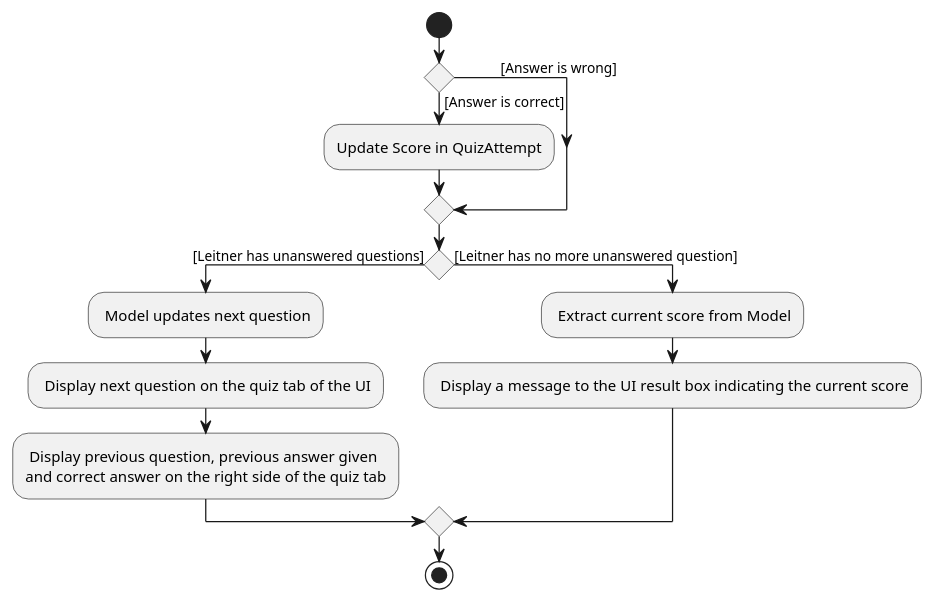
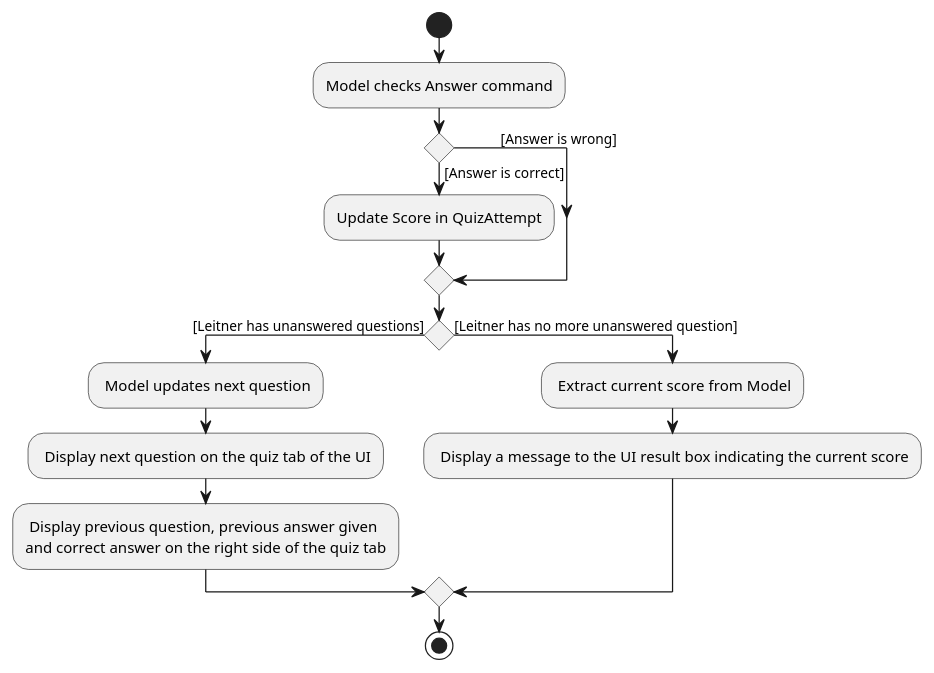
The diagram in docs/diagrams/AnswerCommandActivityDiagramTwo.puml (vigneshbhuvan-nus/tp), drawn with PlantUML before and after one commit. The commit also changed 7 other files, not shown here.

Commit message:
Edit diagrams

```diff
--- a/docs/diagrams/AnswerCommandActivityDiagramTwo.puml
+++ b/docs/diagrams/AnswerCommandActivityDiagramTwo.puml
@@ -1,18 +1,19 @@
 @startuml
 Start
+:Model checks Answer command;
 if() then ([Answer is correct])
 :Update Score in QuizAttempt;
 else(             [Answer is wrong])
 endif
 if() then ([Leitner has unanswered questions])
 
         : Model updates next question;
         : Display next question on the quiz tab of the UI;
         : Display previous question, previous answer given
         and correct answer on the right side of the quiz tab;
         else ([Leitner has no more unanswered question])
         : Extract current score from Model;
         : Display a message to the UI result box indicating the current score;
         endif
 Stop
 @enduml
```
